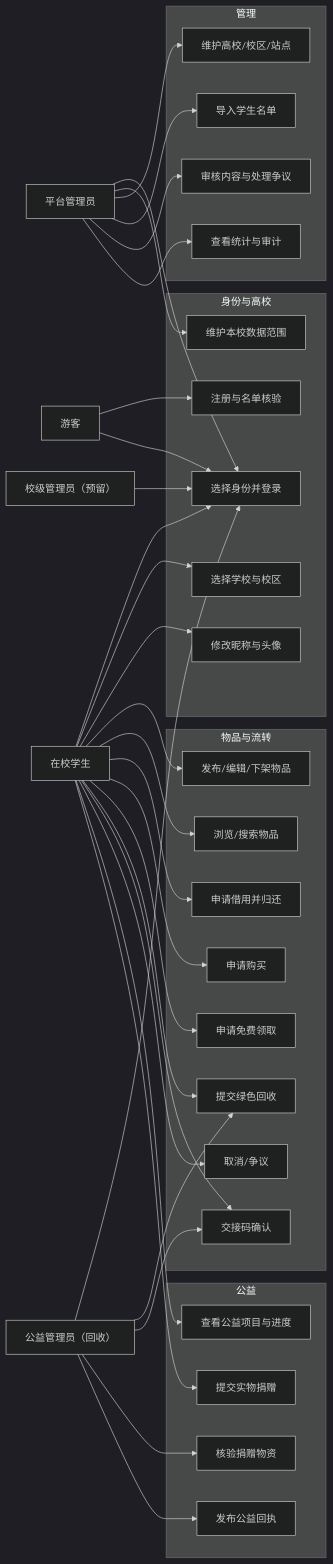
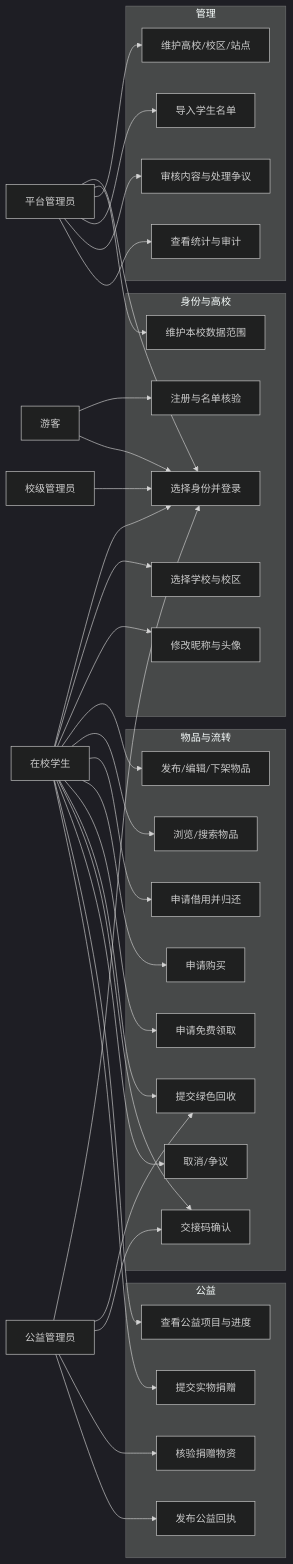
The diagram in docs/6.1-requirements/用例图.md (zhouPi-314/qinghe-circle-campus), drawn with Mermaid (dark theme) before and after one commit. The commit also changed other lines of this file and 53 other files, not shown here.

````diff
--- a/docs/6.1-requirements/用例图.md
+++ b/docs/6.1-requirements/用例图.md
@@ -11,71 +11,71 @@
 ```mermaid
 flowchart LR
     G[游客]
     U[在校学生]
-    S[公益管理员（回收）]
+    S[公益管理员]
     A[平台管理员]
-    V[校级管理员（预留）]
+    V[校级管理员]
 
     subgraph 身份与高校
         UC01[注册与名单核验]
         UC02[选择身份并登录]
         UC03[修改昵称与头像]
         UC04[维护本校数据范围]
         UC21[选择学校与校区]
     end
 
     subgraph 物品与流转
         UC05[发布/编辑/下架物品]
         UC06[浏览/搜索物品]
         UC07[申请借用并归还]
         UC08[申请购买]
         UC09[申请免费领取]
         UC10[提交绿色回收]
         UC11[交接码确认]
         UC12[取消/争议]
     end
 
     subgraph 公益
         UC13[查看公益项目与进度]
         UC14[提交实物捐赠]
         UC15[核验捐赠物资]
         UC16[发布公益回执]
     end
 
     subgraph 管理
         UC17[维护高校/校区/站点]
         UC18[导入学生名单]
         UC19[审核内容与处理争议]
         UC20[查看统计与审计]
     end
 
     G --> UC01
     G --> UC02
     U --> UC02
     S --> UC02
     A --> UC02
     V --> UC02
     U --> UC21
     U --> UC03
     U --> UC05
     U --> UC06
     U --> UC07
     U --> UC08
     U --> UC09
     U --> UC10
     U --> UC11
     U --> UC12
     U --> UC13
     U --> UC14
 
     S --> UC10
     S --> UC11
     S --> UC15
     S --> UC16
 
     A --> UC04
     A --> UC17
     A --> UC18
     A --> UC19
     A --> UC20
 ```
````
